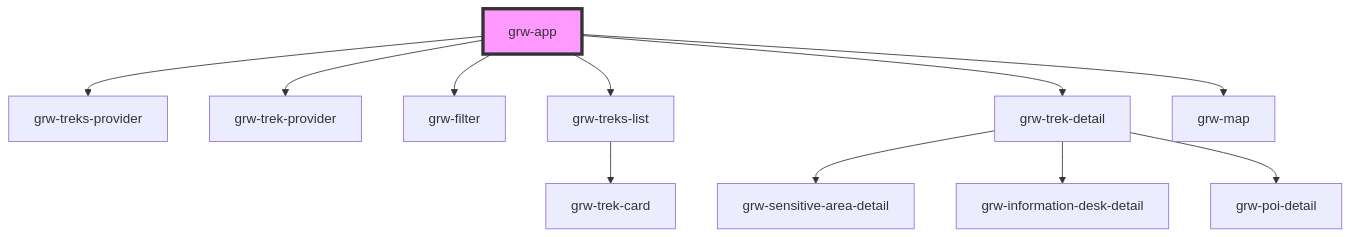
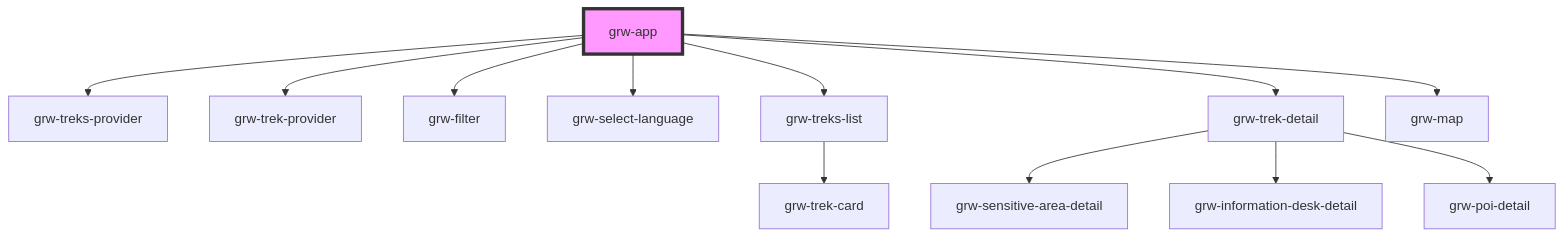
Before and after one commit to GeotrekCE/Geotrek-rando-widget: the diagram in src/components/grw-app/readme.md, drawn with Mermaid. The commit also changed other lines of this file and 10 other files, not shown here.

````diff
--- a/src/components/grw-app/readme.md
+++ b/src/components/grw-app/readme.md
@@ -48,14 +49,15 @@
 ```mermaid
 graph TD;
   grw-app --> grw-treks-provider
   grw-app --> grw-trek-provider
   grw-app --> grw-filter
+  grw-app --> grw-select-language
   grw-app --> grw-treks-list
   grw-app --> grw-trek-detail
   grw-app --> grw-map
   grw-treks-list --> grw-trek-card
   grw-trek-detail --> grw-sensitive-area-detail
   grw-trek-detail --> grw-information-desk-detail
   grw-trek-detail --> grw-poi-detail
   style grw-app fill:#f9f,stroke:#333,stroke-width:4px
 ```
````
